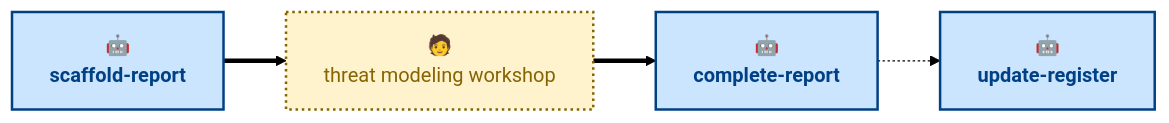
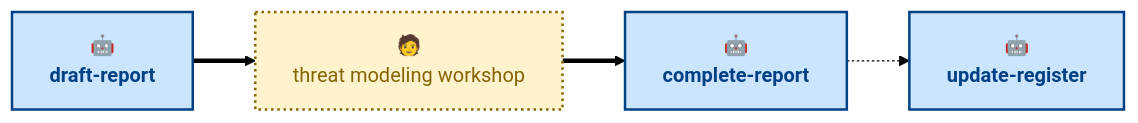
The diagram in .agents/skills/README.md (kieranpotts/risks), drawn with Mermaid (forest theme) before and after one commit. The commit also changed other lines of this file and 6 other files, not shown here.

Commit message:
chore: rename scaffold-* to draft-*

````diff
--- a/.agents/skills/README.md
+++ b/.agents/skills/README.md
@@ -24,15 +24,15 @@
 ```mermaid
 flowchart LR
-  scaffold["🤖<br/><b>scaffold-report</b>"]:::agentic
+  draft["🤖<br/><b>draft-report</b>"]:::agentic
   workshop["🧑<br/>threat modeling workshop"]:::anthropic
   complete["🤖<br/><b>complete-report</b>"]:::agentic
   update["🤖<br/><b>update-register</b>"]:::agentic
 
-  scaffold ==> workshop
+  draft ==> workshop
   workshop ==> complete
   complete -.-> update
 
   classDef agentic fill:#cce5ff,stroke:#004085,color:#004085,stroke-width:2px
   classDef scripted fill:#e2e3e5,stroke:#4b5157,color:#383d41,stroke-width:2px
   classDef anthropic fill:#fff3cd,stroke:#856404,color:#856404,stroke-width:2px,stroke-dasharray:2 3
 ```
````
